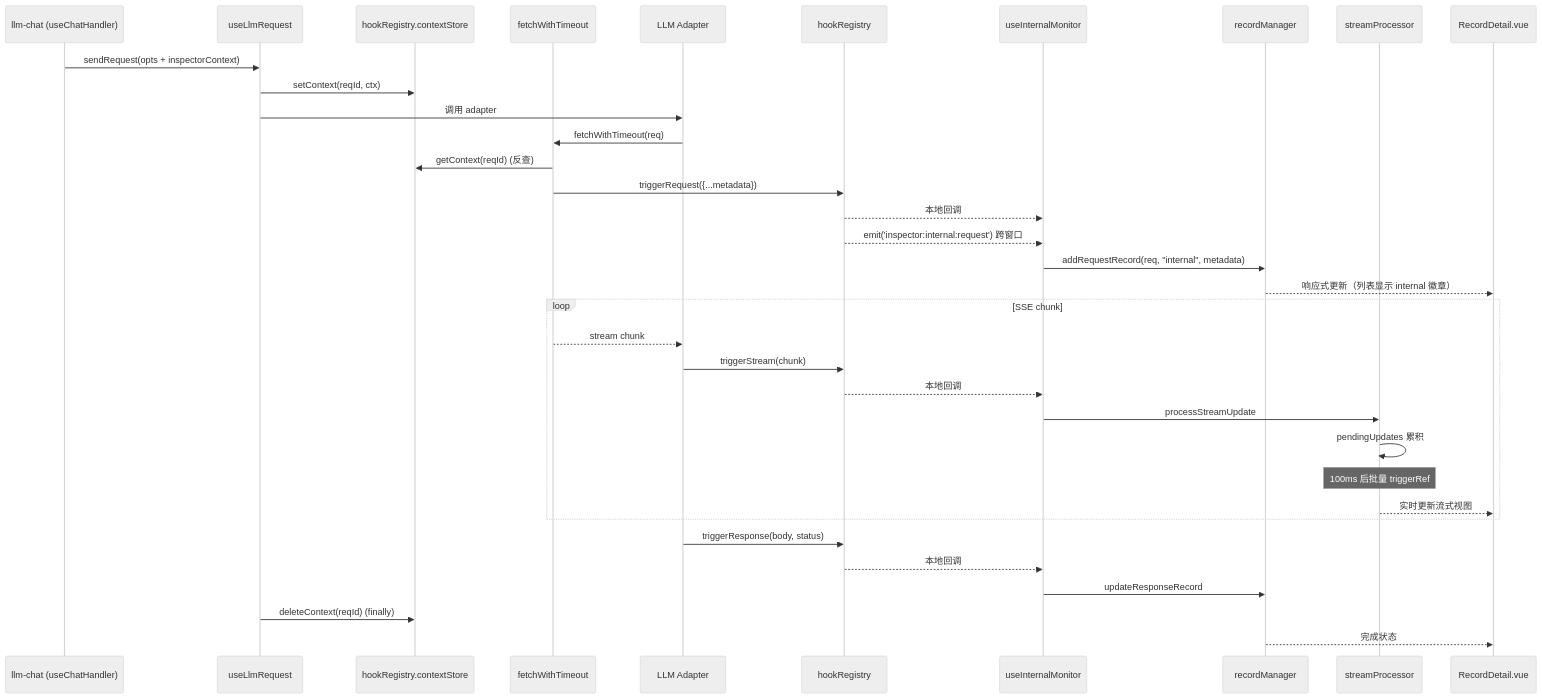
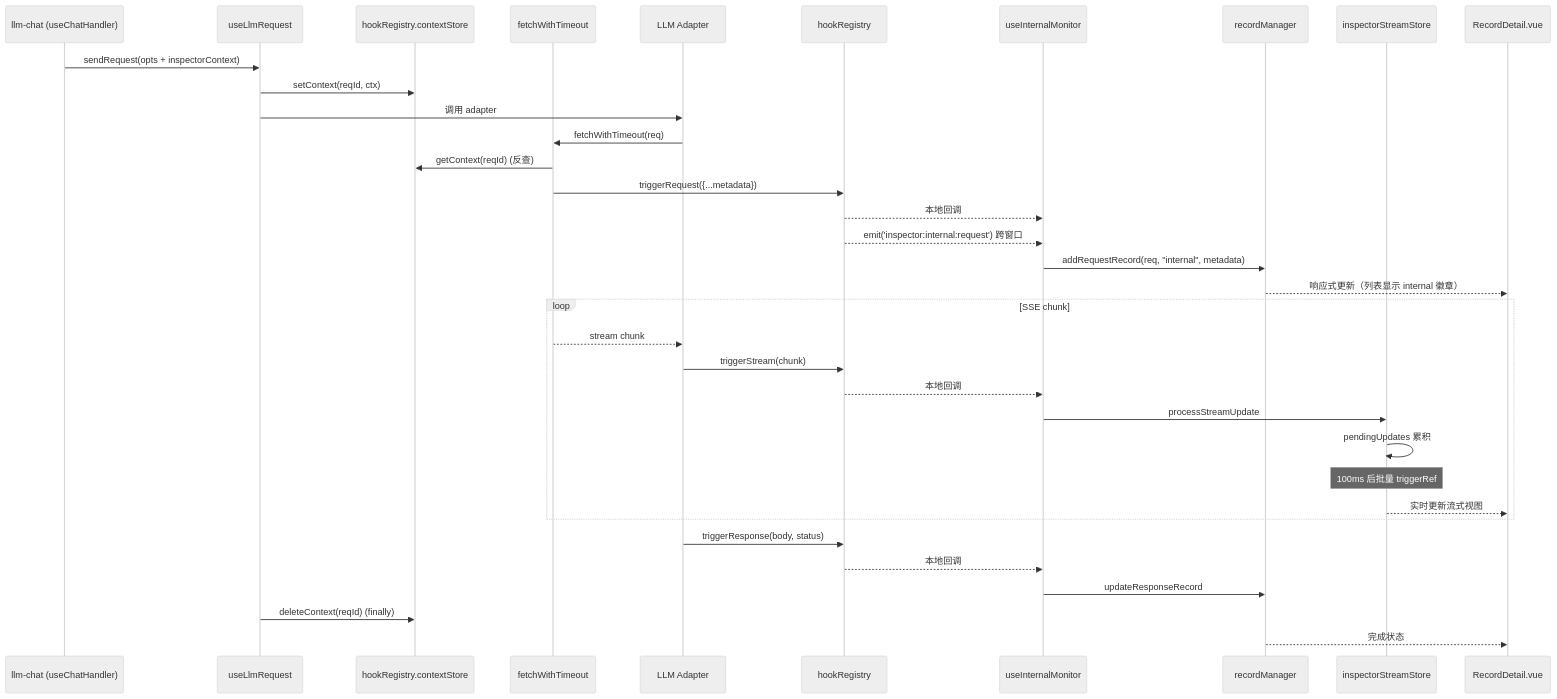
The second of 2 diagrams in src/tools/llm-inspector/ARCHITECTURE.md (miaotouy/aio-hub), drawn with Mermaid (neutral theme) before and after one commit. The commit also changed other lines of this file and 6 other files, not shown here.

First line of the commit message:
refactor(llm-inspector): 移除 streamProcessor 兼容层，统一使用 Pinia store

````diff
--- a/src/tools/llm-inspector/ARCHITECTURE.md
+++ b/src/tools/llm-inspector/ARCHITECTURE.md
@@ -220,40 +219,40 @@
 ```mermaid
 sequenceDiagram
     participant Tool as llm-chat (useChatHandler)
     participant UR as useLlmRequest
     participant CS as hookRegistry.contextStore
     participant FW as fetchWithTimeout
     participant Adapter as LLM Adapter
     participant HR as hookRegistry
     participant IMon as useInternalMonitor
     participant RM as recordManager
-    participant SP as streamProcessor
+    participant SS as inspectorStreamStore
     participant UI as RecordDetail.vue
 
     Tool->>UR: sendRequest(opts + inspectorContext)
     UR->>CS: setContext(reqId, ctx)
     UR->>Adapter: 调用 adapter
     Adapter->>FW: fetchWithTimeout(req)
     FW->>CS: getContext(reqId) (反查)
     FW->>HR: triggerRequest({...metadata})
     HR-->>IMon: 本地回调
     HR-->>IMon: emit('inspector:internal:request') 跨窗口
     IMon->>RM: addRequestRecord(req, "internal", metadata)
     RM-->>UI: 响应式更新（列表显示 internal 徽章）
 
     loop SSE chunk
         FW-->>Adapter: stream chunk
         Adapter->>HR: triggerStream(chunk)
         HR-->>IMon: 本地回调
-        IMon->>SP: processStreamUpdate
-        SP->>SP: pendingUpdates 累积
-        Note over SP: 100ms 后批量 triggerRef
-        SP-->>UI: 实时更新流式视图
+        IMon->>SS: processStreamUpdate
+        SS->>SS: pendingUpdates 累积
+        Note over SS: 100ms 后批量 triggerRef
+        SS-->>UI: 实时更新流式视图
     end
 
     Adapter->>HR: triggerResponse(body, status)
     HR-->>IMon: 本地回调
     IMon->>RM: updateResponseRecord
     UR->>CS: deleteContext(reqId) (finally)
     RM-->>UI: 完成状态
 ```
````
